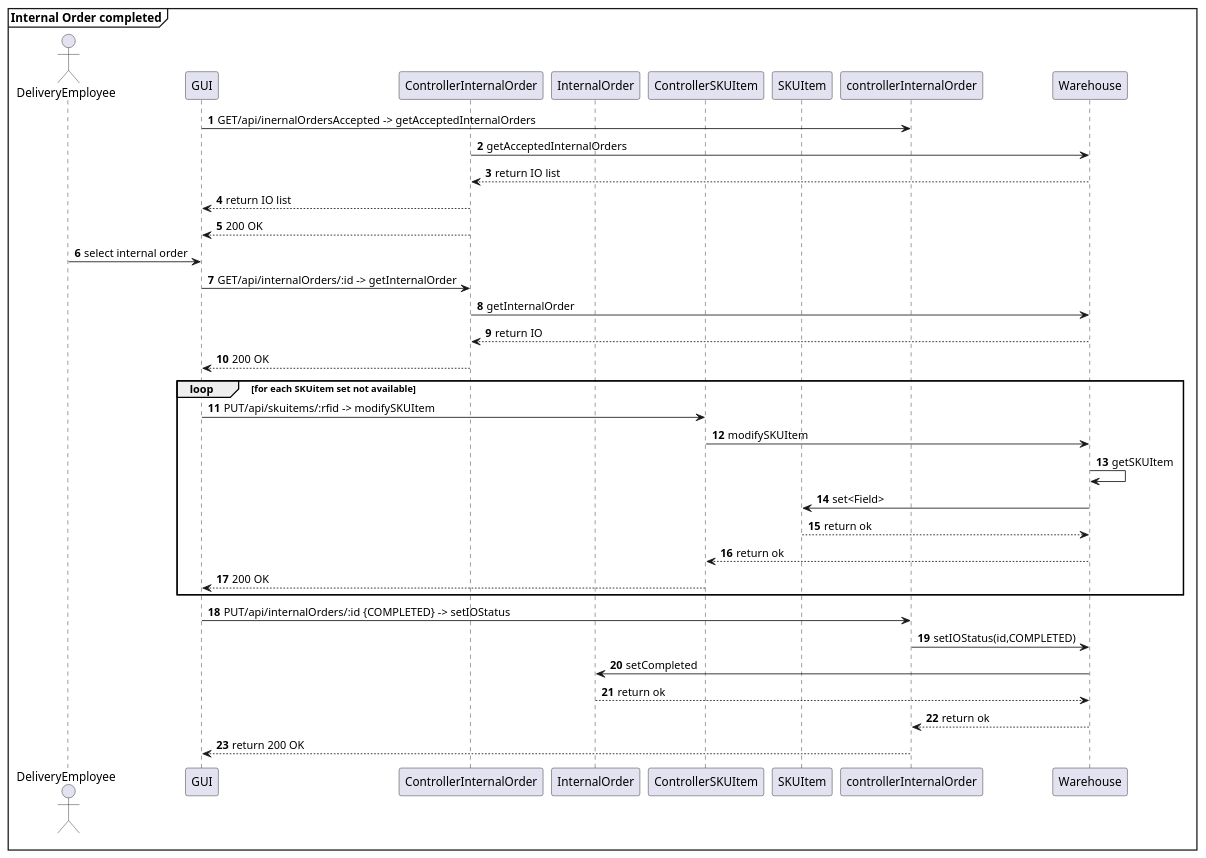
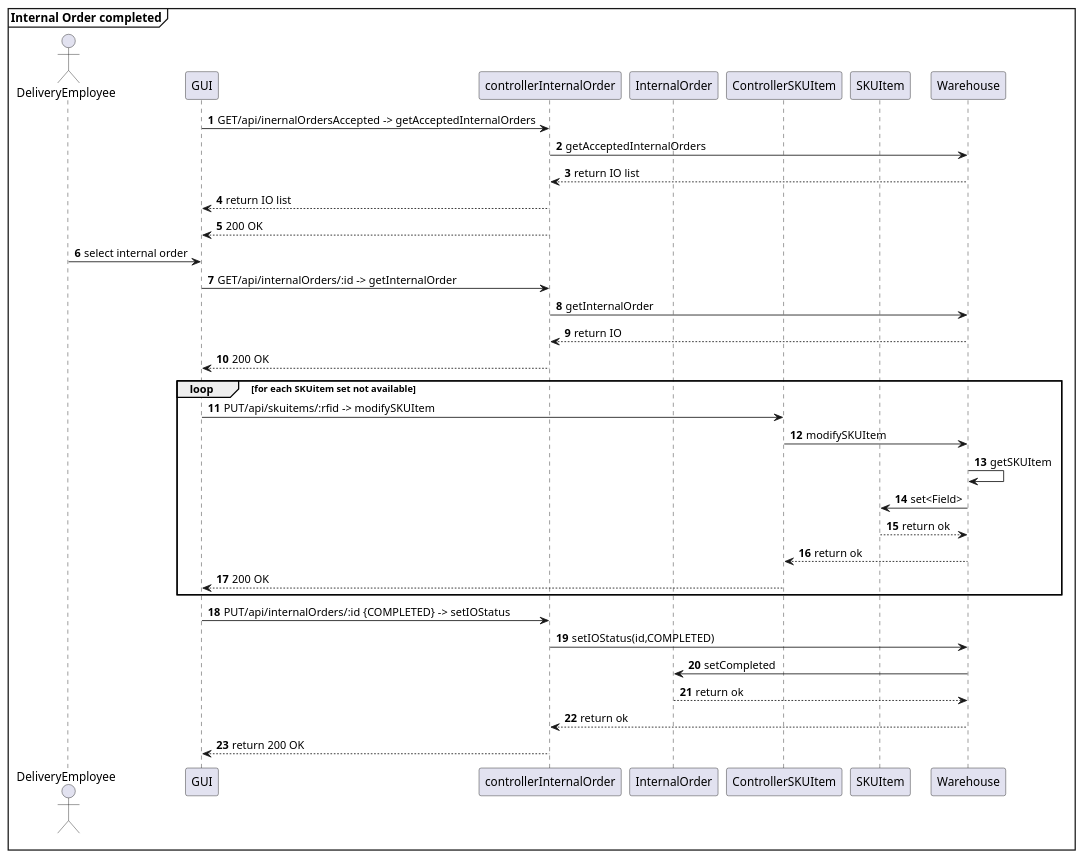
Before and after one commit to AlexZampa/EzWh: diagram 25 of 30 in DesignDocument.md, drawn with PlantUML.

````diff
--- a/DesignDocument.md
+++ b/DesignDocument.md
@@ -1209,39 +1209,39 @@
 ```plantuml
 @startuml
 mainframe **Internal Order completed**
 actor DeliveryEmployee
 participant GUI
-participant ControllerInternalOrder
+participant controllerInternalOrder
 participant InternalOrder
 participant ControllerSKUItem
 participant SKUItem
 
 autonumber
 GUI -> controllerInternalOrder : GET/api/inernalOrdersAccepted -> getAcceptedInternalOrders
-ControllerInternalOrder -> Warehouse : getAcceptedInternalOrders
-ControllerInternalOrder <-- Warehouse : return IO list
-GUI <-- ControllerInternalOrder : return IO list
-GUI <-- ControllerInternalOrder : 200 OK
+controllerInternalOrder -> Warehouse : getAcceptedInternalOrders
+controllerInternalOrder <-- Warehouse : return IO list
+GUI <-- controllerInternalOrder : return IO list
+GUI <-- controllerInternalOrder : 200 OK
 DeliveryEmployee -> GUI : select internal order
-GUI -> ControllerInternalOrder : GET/api/internalOrders/:id -> getInternalOrder
-ControllerInternalOrder -> Warehouse : getInternalOrder
-ControllerInternalOrder <-- Warehouse : return IO
-GUI <-- ControllerInternalOrder : 200 OK
+GUI -> controllerInternalOrder : GET/api/internalOrders/:id -> getInternalOrder
+controllerInternalOrder -> Warehouse : getInternalOrder
+controllerInternalOrder <-- Warehouse : return IO
+GUI <-- controllerInternalOrder : 200 OK
 loop for each SKUitem set not available
   GUI -> ControllerSKUItem : PUT/api/skuitems/:rfid -> modifySKUItem
   ControllerSKUItem -> Warehouse : modifySKUItem
   Warehouse -> Warehouse : getSKUItem
   Warehouse -> SKUItem : set<Field>
   Warehouse <-- SKUItem : return ok
   ControllerSKUItem <-- Warehouse : return ok
   GUI <-- ControllerSKUItem : 200 OK
 end loop
 
 GUI -> controllerInternalOrder : PUT/api/internalOrders/:id {COMPLETED} -> setIOStatus
 controllerInternalOrder -> Warehouse : setIOStatus(id,COMPLETED)
 Warehouse -> InternalOrder : setCompleted
 Warehouse <-- InternalOrder : return ok
 controllerInternalOrder <-- Warehouse : return ok
 GUI <-- controllerInternalOrder : return 200 OK
 @enduml
 ```
````
